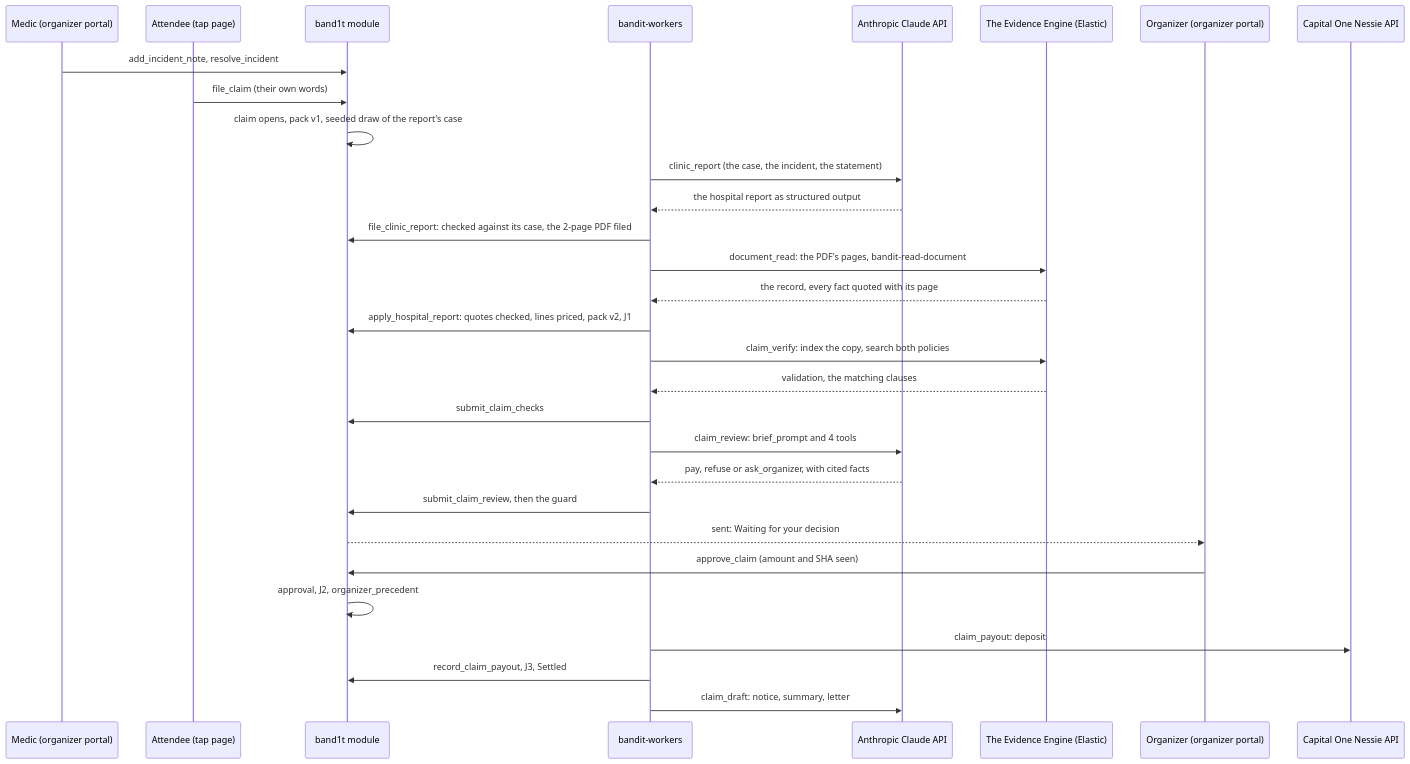
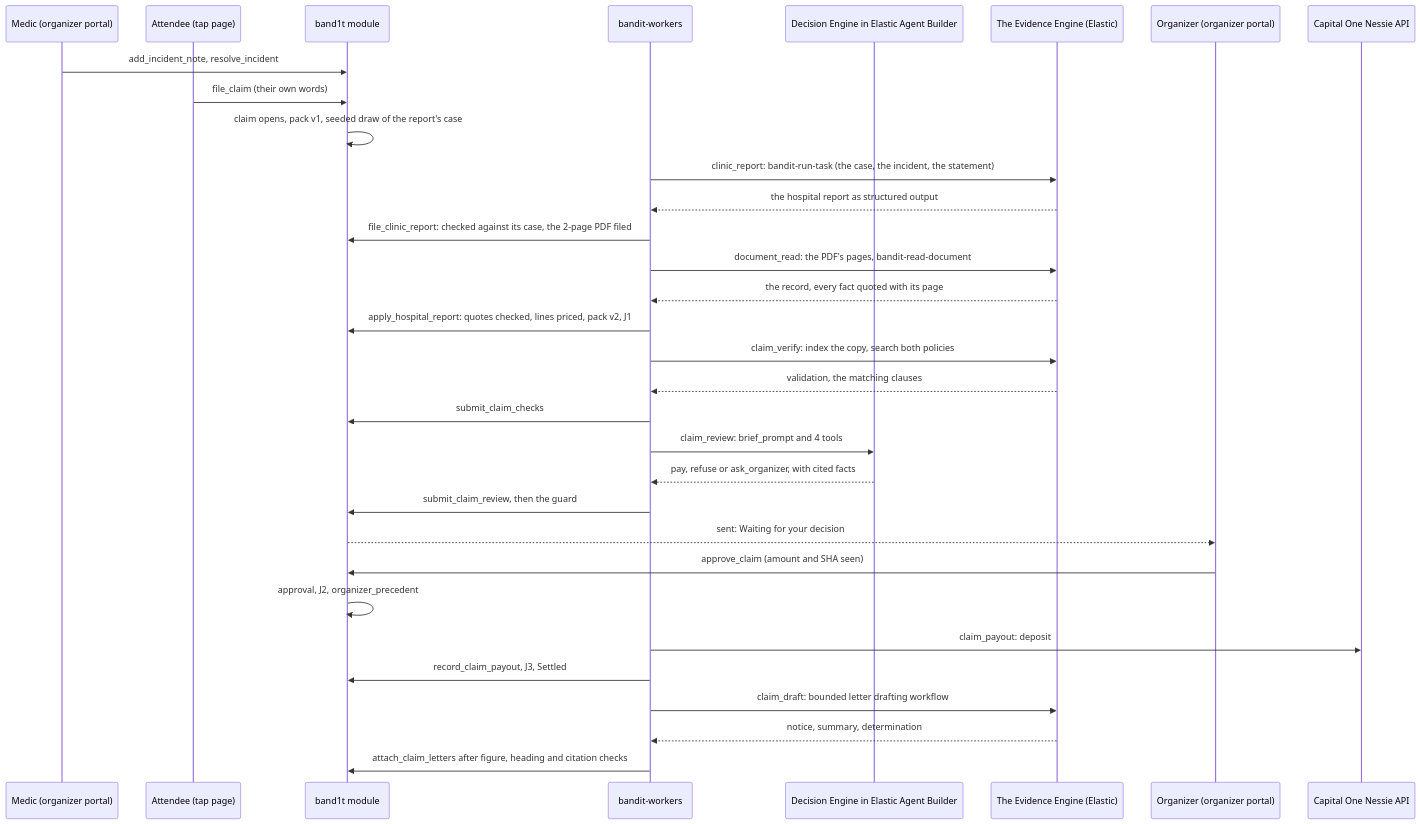
Before and after one commit to viktorinkov/cal-hacks-13: the fifth of 6 diagrams in System Design/6-features/Insurance.md, drawn with Mermaid. The commit also changed other lines of this file and 50 other files, not shown here.

Commit message:
run worker model tasks through Elastic

````diff
--- a/System Design/6-features/Insurance.md
+++ b/System Design/6-features/Insurance.md
@@ -731,32 +737,34 @@
 ```mermaid
 sequenceDiagram
   participant Med as Medic (organizer portal)
   participant A as Attendee (tap page)
   participant M as band1t module
   participant W as bandit-workers
-  participant C as Anthropic Claude API
+  participant C as Decision Engine in Elastic Agent Builder
   participant E as The Evidence Engine (Elastic)
   participant O as Organizer (organizer portal)
   participant N as Capital One Nessie API
   Med->>M: add_incident_note, resolve_incident
   A->>M: file_claim (their own words)
   M->>M: claim opens, pack v1, seeded draw of the report's case
-  W->>C: clinic_report (the case, the incident, the statement)
-  C-->>W: the hospital report as structured output
+  W->>E: clinic_report: bandit-run-task (the case, the incident, the statement)
+  E-->>W: the hospital report as structured output
   W->>M: file_clinic_report: checked against its case, the 2-page PDF filed
   W->>E: document_read: the PDF's pages, bandit-read-document
   E-->>W: the record, every fact quoted with its page
   W->>M: apply_hospital_report: quotes checked, lines priced, pack v2, J1
   W->>E: claim_verify: index the copy, search both policies
   E-->>W: validation, the matching clauses
   W->>M: submit_claim_checks
   W->>C: claim_review: brief_prompt and 4 tools
   C-->>W: pay, refuse or ask_organizer, with cited facts
   W->>M: submit_claim_review, then the guard
   M-->>O: sent: Waiting for your decision
   O->>M: approve_claim (amount and SHA seen)
   M->>M: approval, J2, organizer_precedent
   W->>N: claim_payout: deposit
   W->>M: record_claim_payout, J3, Settled
-  W->>C: claim_draft: notice, summary, letter
+  W->>E: claim_draft: bounded letter drafting workflow
+  E-->>W: notice, summary, determination
+  W->>M: attach_claim_letters after figure, heading and citation checks
 ```
````
